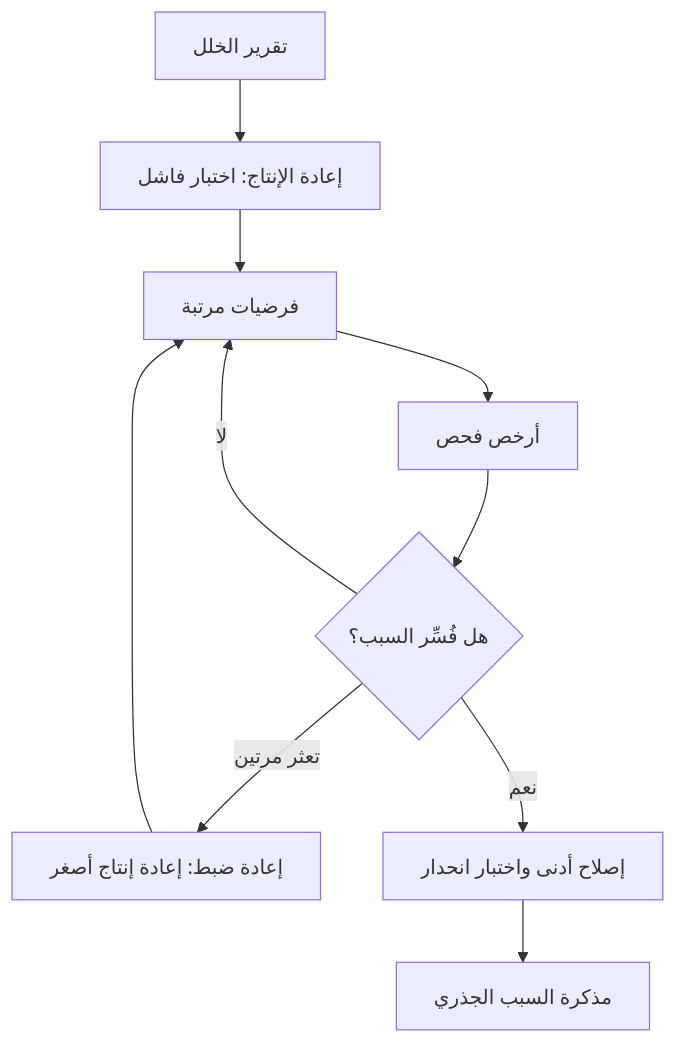
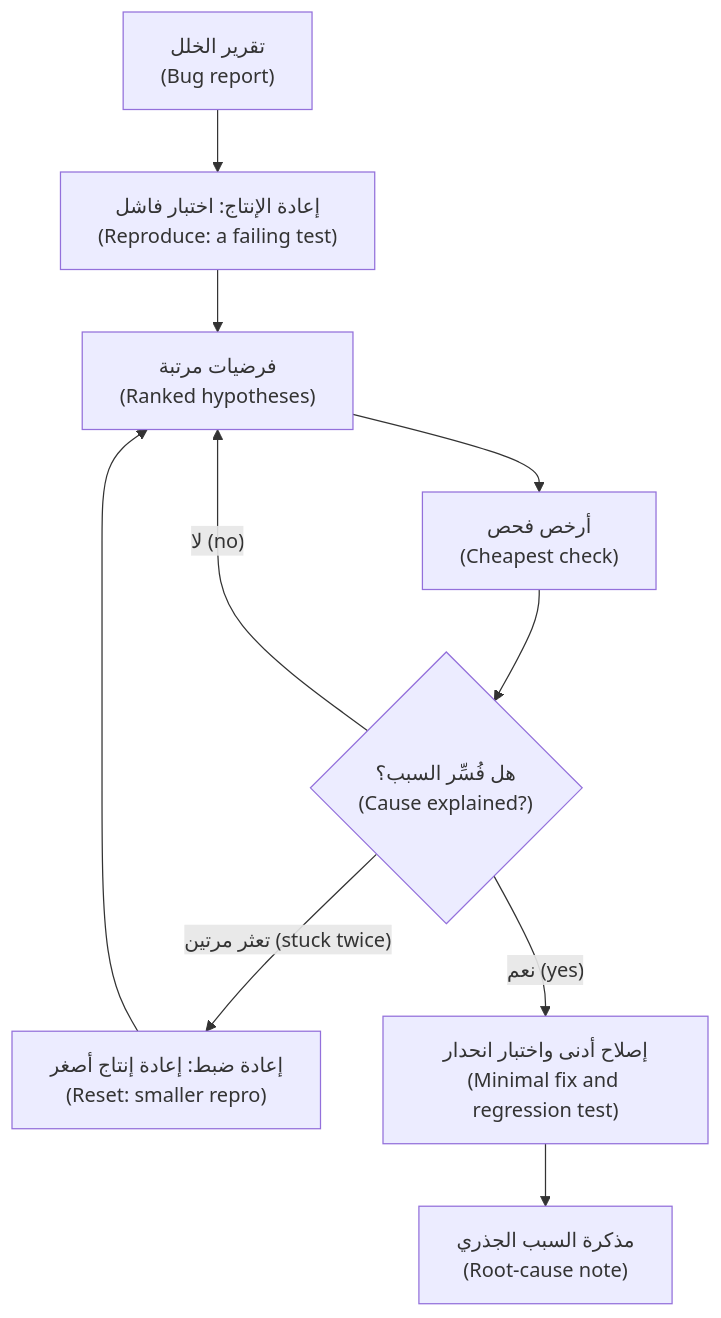
The diagram in ainative/modules/06-debug.ar.md (Tamoura/system-design-for-vibe-coders), drawn with Mermaid before and after one commit. The commit also changed 83 other files, not shown here.

First line of the commit message:
AI-native engineer course: Arabic diagrams right-to-left with English glosses

````diff
--- a/ainative/modules/06-debug.ar.md
+++ b/ainative/modules/06-debug.ar.md
@@ -52,12 +52,12 @@
 ```mermaid
 flowchart TD
-    A["تقرير الخلل"] --> B["إعادة الإنتاج: اختبار فاشل"]
-    B --> C["فرضيات مرتبة"]
-    C --> D["أرخص فحص"]
-    D --> E{"هل فُسِّر السبب؟"}
-    E -->|"لا"| C
-    E -->|"تعثر مرتين"| F["إعادة ضبط: إعادة إنتاج أصغر"]
+    A["تقرير الخلل<br/>(Bug report)"] --> B["إعادة الإنتاج: اختبار فاشل<br/>(Reproduce: a failing test)"]
+    B --> C["فرضيات مرتبة<br/>(Ranked hypotheses)"]
+    C --> D["أرخص فحص<br/>(Cheapest check)"]
+    D --> E{"هل فُسِّر السبب؟<br/>(Cause explained?)"}
+    E -->|"لا (no)"| C
+    E -->|"تعثر مرتين (stuck twice)"| F["إعادة ضبط: إعادة إنتاج أصغر<br/>(Reset: smaller repro)"]
     F --> C
-    E -->|"نعم"| G["إصلاح أدنى واختبار انحدار"]
-    G --> H["مذكرة السبب الجذري"]
+    E -->|"نعم (yes)"| G["إصلاح أدنى واختبار انحدار<br/>(Minimal fix and regression test)"]
+    G --> H["مذكرة السبب الجذري<br/>(Root-cause note)"]
 ```
````
